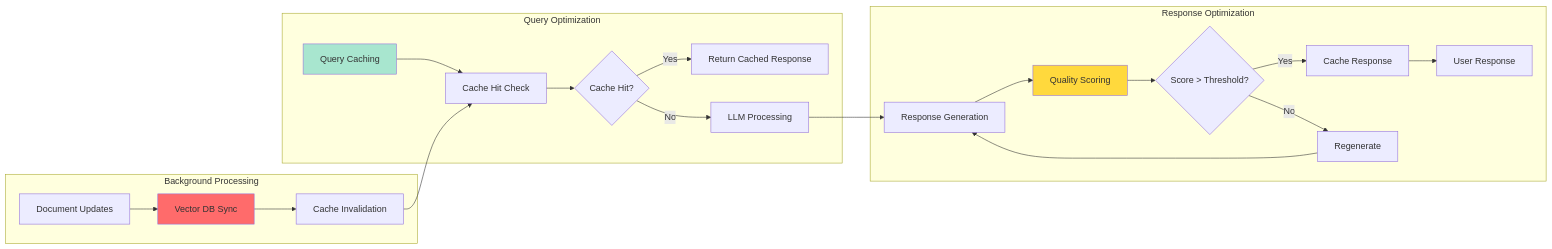
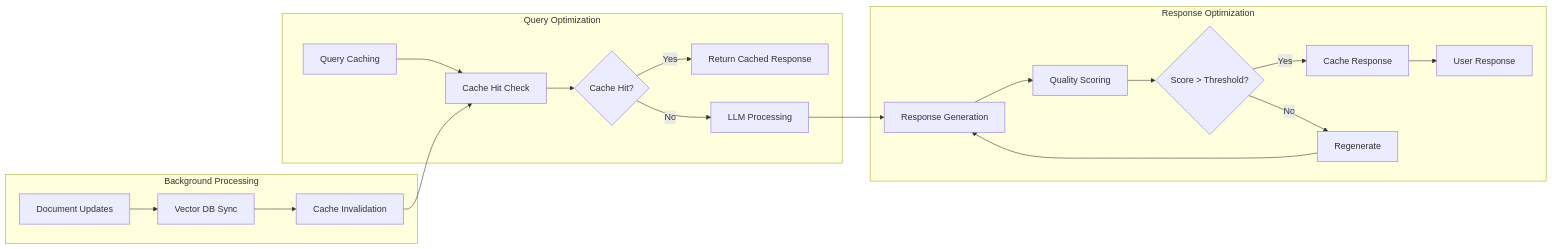
One commit to genewang/Ayuma changed diagram 12 of 14 in ARCHITECTURE.md. Above: the diagram before and after it, drawn with Mermaid. The commit also changed other lines of this file and 2 other files, not shown here.

First line of the commit message:
docs: standardize Mermaid diagram styling across documentation

````diff
--- a/ARCHITECTURE.md
+++ b/ARCHITECTURE.md
@@ -808,29 +779,26 @@
 ```mermaid
 graph LR
     subgraph Query Optimization
         A[Query Caching] --> B[Cache Hit Check]
         B --> C{Cache Hit?}
         C -->|Yes| D[Return Cached Response]
         C -->|No| E[LLM Processing]
     end
 
     subgraph Response Optimization
         E --> F[Response Generation]
         F --> G[Quality Scoring]
         G --> H{Score > Threshold?}
         H -->|Yes| I[Cache Response]
         H -->|No| J[Regenerate]
         I --> K[User Response]
         J --> F
     end
 
     subgraph Background Processing
         L[Document Updates] --> M[Vector DB Sync]
         M --> N[Cache Invalidation]
         N --> B
     end
 
-    style A fill:#a8e6cf
-    style G fill:#ffd93d
-    style M fill:#ff6b6b
 ```
````
